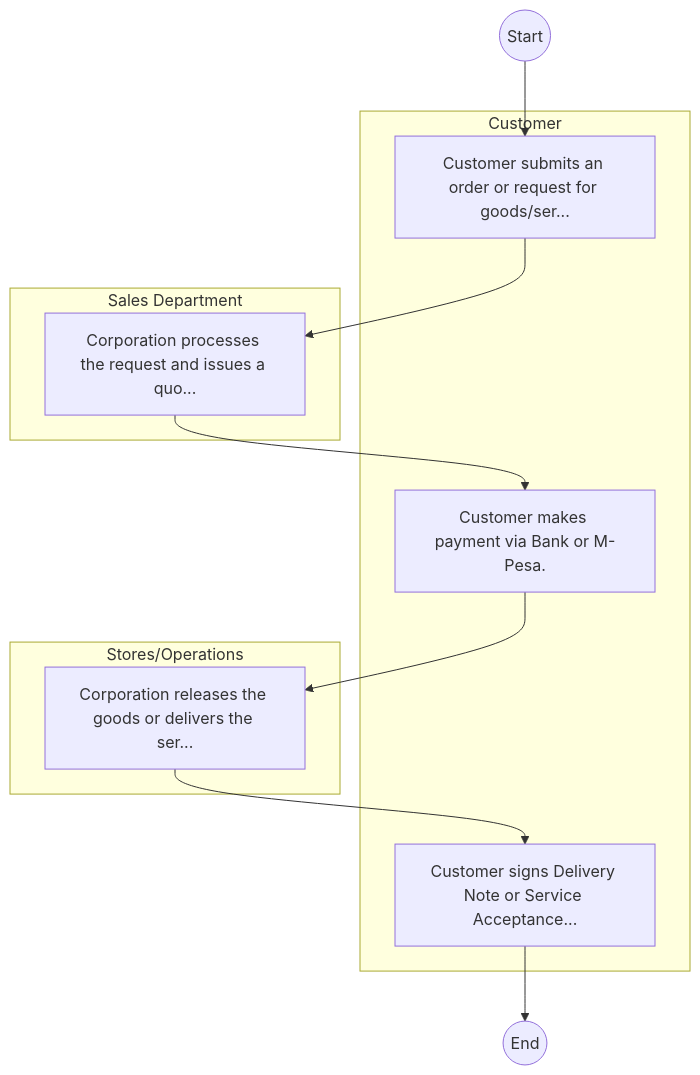
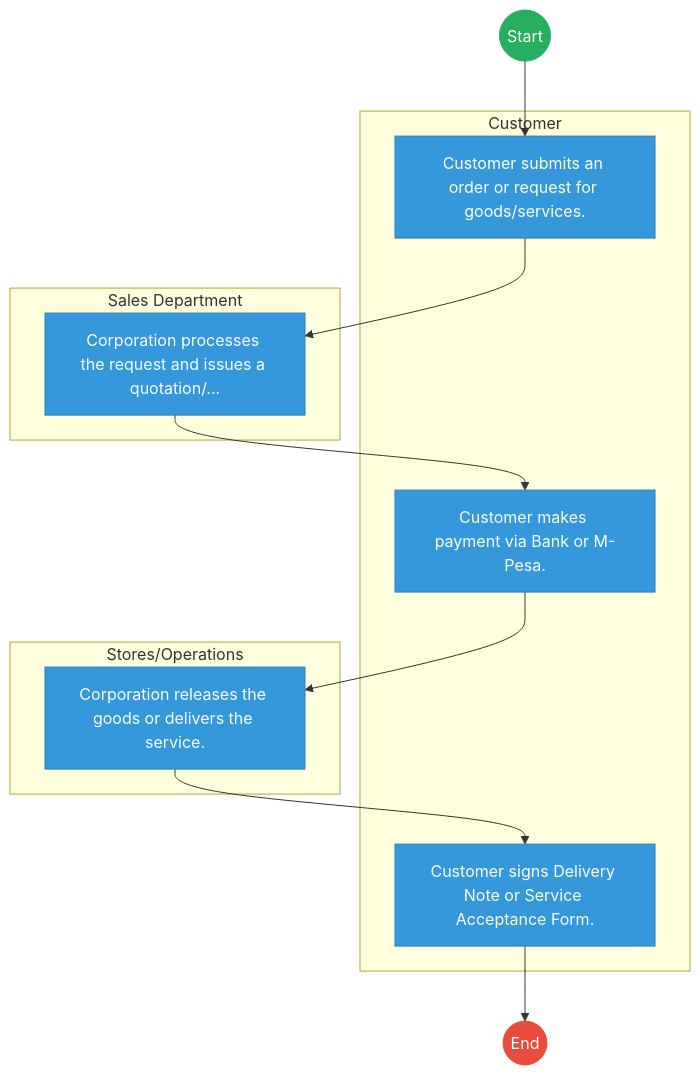
The first of 2 diagrams in mdas/docs_final/Agro-Chemical_and_Food_Company___Service_Delivery.md (BITZ-IT-Consulting-LTD/ictapoc), drawn with Mermaid before and after one commit. The commit also changed other lines of this file and 461 other files, not shown here.

````diff
--- a/mdas/docs_final/Agro-Chemical_and_Food_Company___Service_Delivery.md
+++ b/mdas/docs_final/Agro-Chemical_and_Food_Company___Service_Delivery.md
@@ -20,20 +20,32 @@
 ```mermaid
 graph TD
     Start((Start)) --> S1
+
     subgraph Customer [Customer]
-        S1["Customer submits an order or request for goods/ser..."]
+        S1["Customer submits an order or request for goods/services."]
         S3["Customer makes payment via Bank or M-Pesa."]
-        S5["Customer signs Delivery Note or Service Acceptance..."]
+        S5["Customer signs Delivery Note or Service Acceptance Form."]
     end
-    subgraph SalesDepartment [Sales Department]
-        S2["Corporation processes the request and issues a quo..."]
+
+    subgraph Sales_Department [Sales Department]
+        S2["Corporation processes the request and issues a quotation/..."]
     end
-    subgraph StoresOperations [Stores/Operations]
-        S4["Corporation releases the goods or delivers the ser..."]
+
+    subgraph Stores_Operations [Stores/Operations]
+        S4["Corporation releases the goods or delivers the service."]
     end
     S1 --> S2
     S2 --> S3
     S3 --> S4
     S4 --> S5
     S5 --> End((End))
+
+    classDef start fill:#27ae60,stroke:#27ae60,color:#fff;
+    classDef endNode fill:#e74c3c,stroke:#e74c3c,color:#fff;
+    classDef userTask fill:#3498db,stroke:#2980b9,color:#fff;
+    classDef serviceTask fill:#9b59b6,stroke:#8e44ad,color:#fff;
+
+    class Start start;
+    class End endNode;
+    class S1,S2,S3,S4,S5 userTask;
 ```
````
